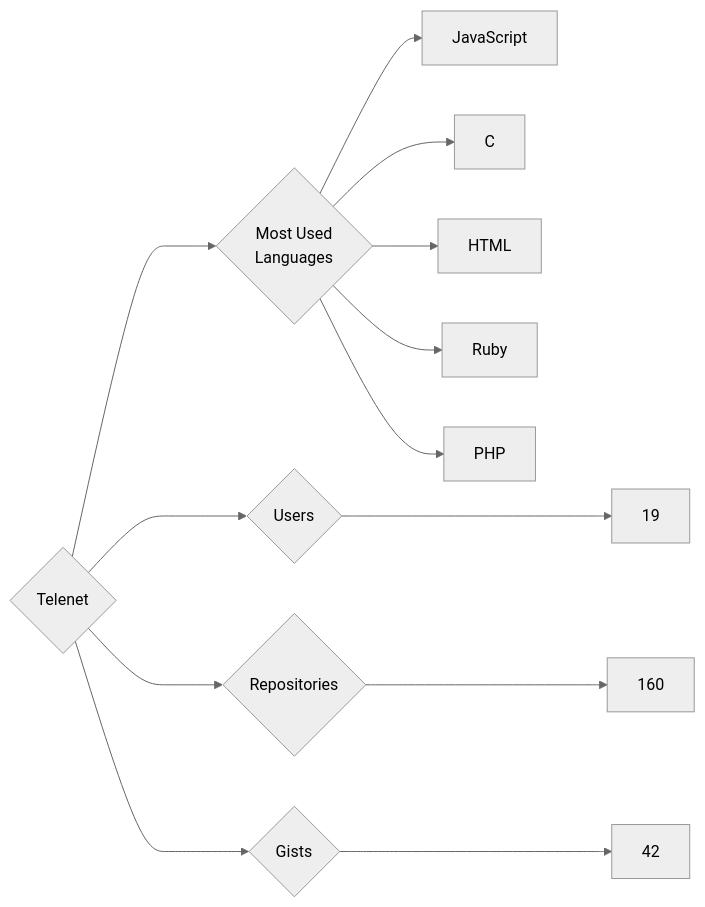
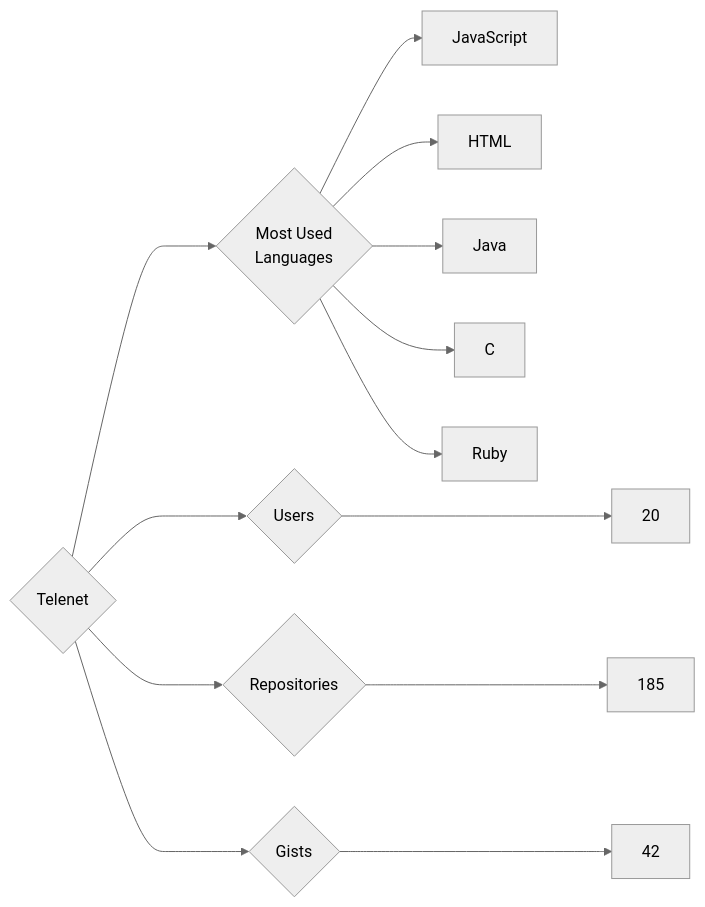
The diagram in targets/Telenet/README.md (trickest/insiders), drawn with Mermaid (neutral theme) before and after one commit. The commit also changed 681 other files, not shown here.

````diff
--- a/targets/Telenet/README.md
+++ b/targets/Telenet/README.md
@@ -3,13 +3,13 @@
 ```mermaid
 graph LR
 COMPANY_NAME{Telenet}
-COMPANY_NAME ---> U{Users} ---> UN[19]
-COMPANY_NAME ---> R{Repositories} ---> RN[160]
+COMPANY_NAME ---> U{Users} ---> UN[20]
+COMPANY_NAME ---> R{Repositories} ---> RN[185]
 COMPANY_NAME ---> G{Gists} ---> GN[42]
 COMPANY_NAME ---> ML{Most Used<br>Languages}
 ML --> JavaScript[JavaScript]
+ML --> HTML[HTML]
+ML --> Java[Java]
 ML --> C[C]
-ML --> HTML[HTML]
 ML --> Ruby[Ruby]
-ML --> PHP[PHP]
 ```
````
